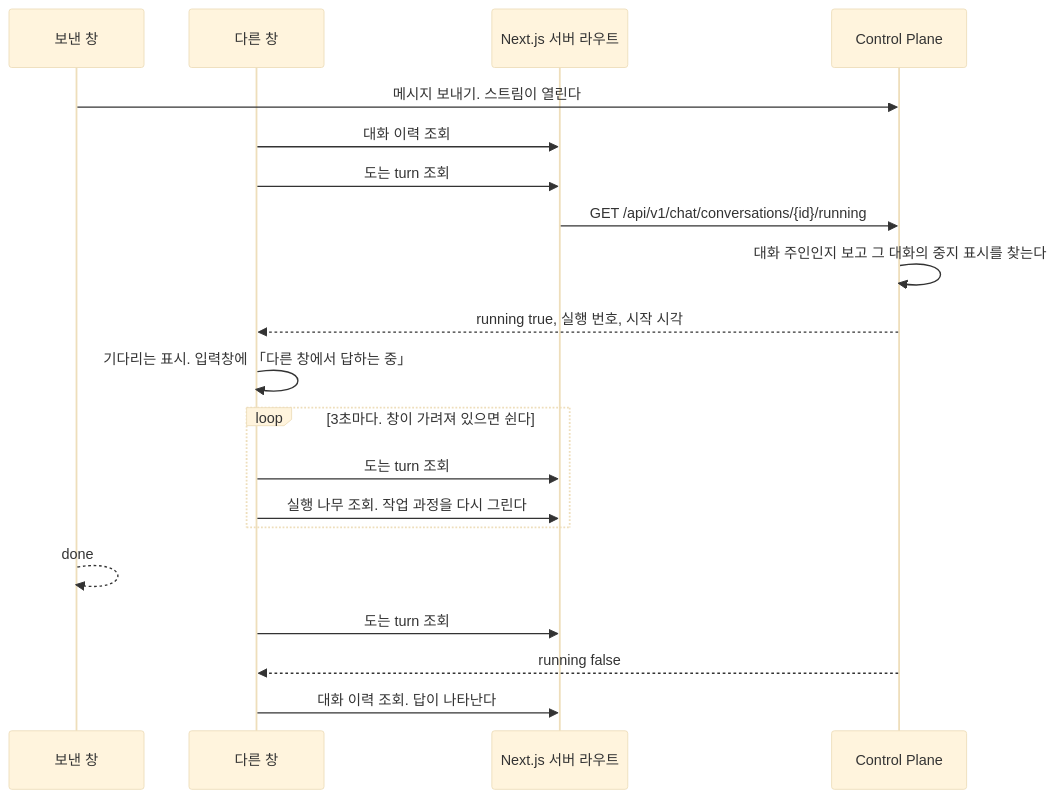
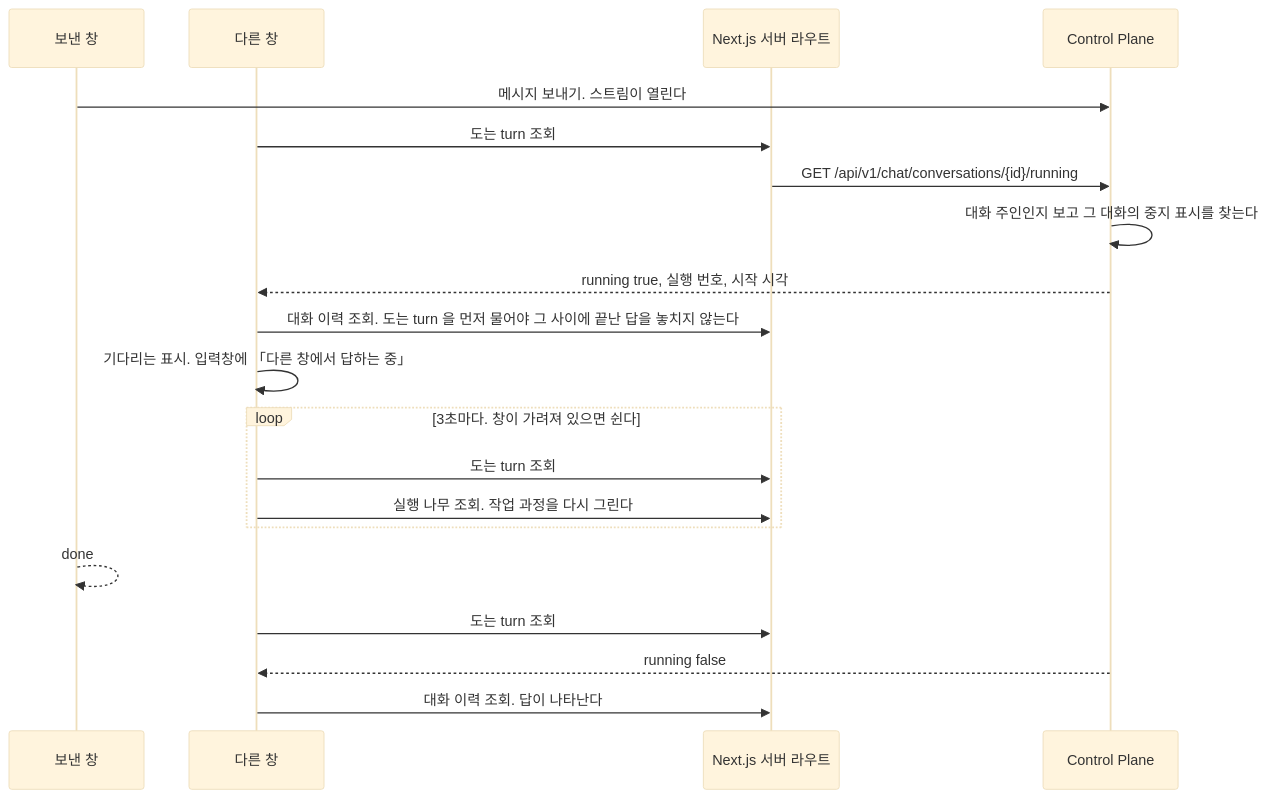
One commit to jon890/fos-assistant changed diagram 13 of 14 in docs/flow.md. Above: the diagram before and after it, drawn with Mermaid (base theme). The commit also changed 1 other file, not shown here.

Commit message:
docs(docs): 다른 창은 도는 turn 을 먼저 묻고, fromTree 선택지를 자식 노드에도 건다
이력을 먼저 읽으면 두 호출 사이에 끝난 답을 놓쳐 새로 고칠 때까지 보이지 않는다.
fromTree 는 visit 안에서도 도는 자식을 stopped 로 바꾸므로 선택지를 두 곳에 건다.

````diff
--- a/docs/flow.md
+++ b/docs/flow.md
@@ -779,23 +779,23 @@
 ```mermaid
 sequenceDiagram
     participant A as 보낸 창
     participant B as 다른 창
     participant W as Next.js 서버 라우트
     participant C as Control Plane
 
     A->>C: 메시지 보내기. 스트림이 열린다
-    B->>W: 대화 이력 조회
     B->>W: 도는 turn 조회
     W->>C: GET /api/v1/chat/conversations/{id}/running
     C->>C: 대화 주인인지 보고 그 대화의 중지 표시를 찾는다
     C-->>B: running true, 실행 번호, 시작 시각
+    B->>W: 대화 이력 조회. 도는 turn 을 먼저 물어야 그 사이에 끝난 답을 놓치지 않는다
     B->>B: 기다리는 표시. 입력창에 「다른 창에서 답하는 중」
     loop 3초마다. 창이 가려져 있으면 쉰다
         B->>W: 도는 turn 조회
         B->>W: 실행 나무 조회. 작업 과정을 다시 그린다
     end
     A-->>A: done
     B->>W: 도는 turn 조회
     C-->>B: running false
     B->>W: 대화 이력 조회. 답이 나타난다
 ```
````
